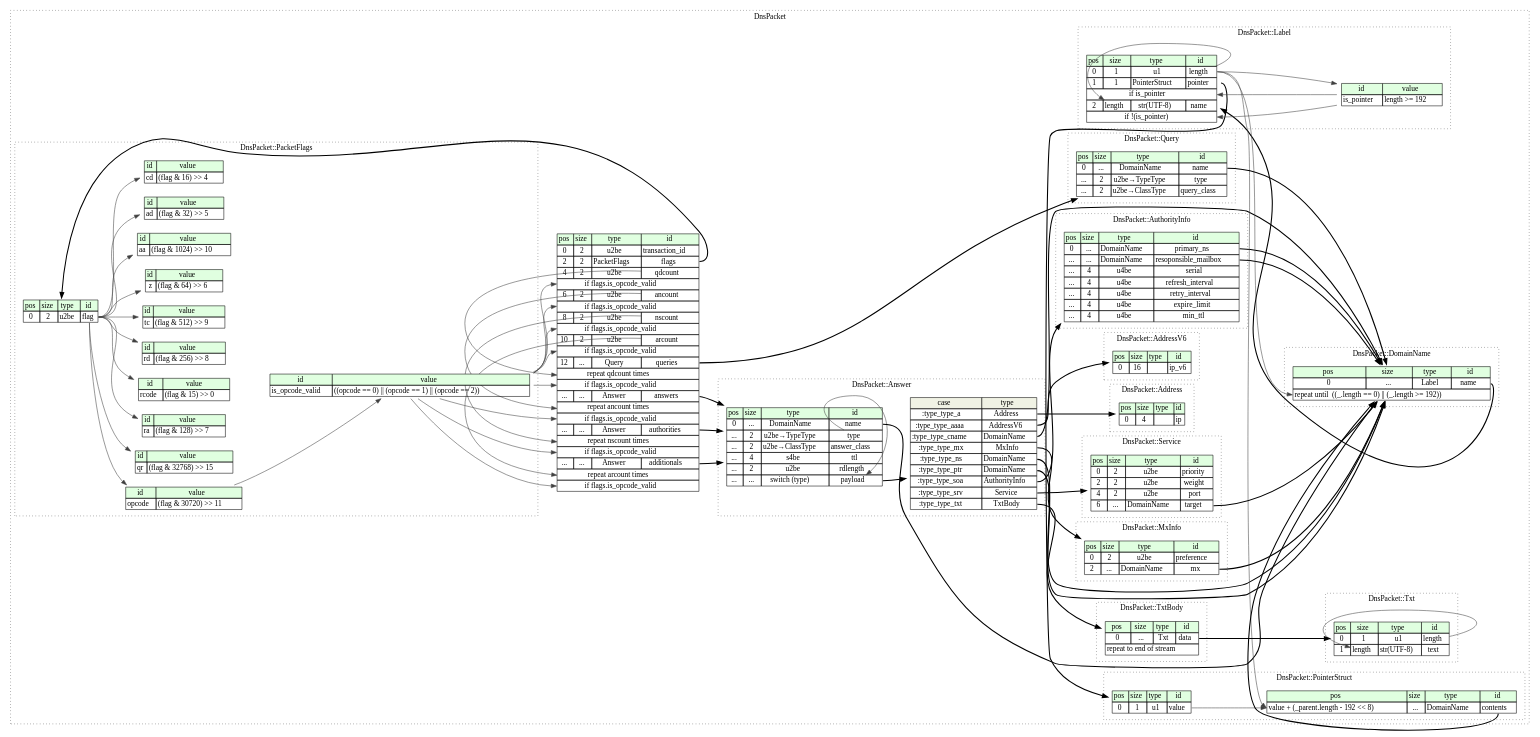
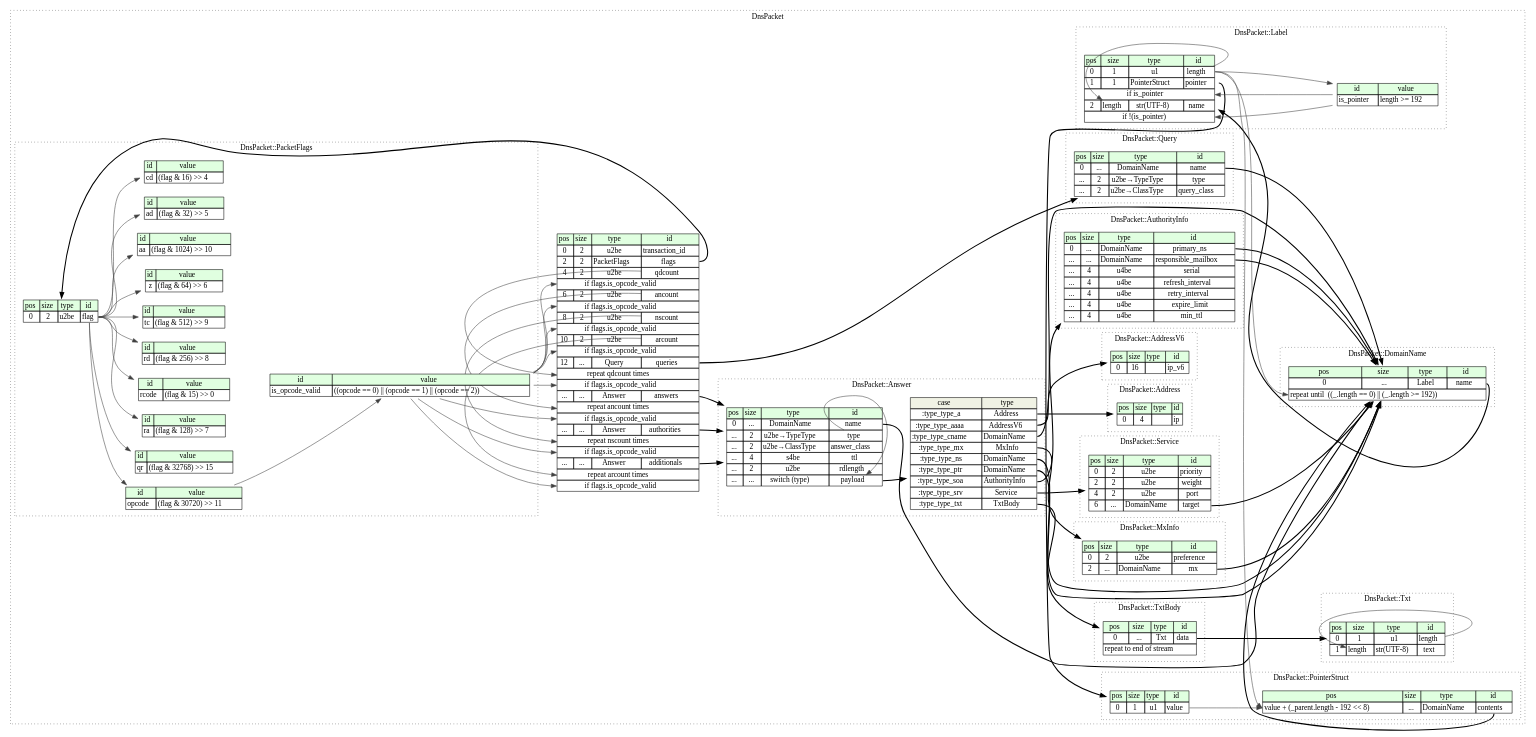
Before and after one commit to kaitai-io/formats-kaitai-io.github.io: the diagram in dns_packet/src/graphviz/dns_packet.dot, drawn with Graphviz. The commit also changed 546 other files, not shown here.

```diff
--- a/dns_packet/src/graphviz/dns_packet.dot
+++ b/dns_packet/src/graphviz/dns_packet.dot
@@ -81,7 +81,7 @@
 			authority_info__seq [label=<<TABLE BORDER="0" CELLBORDER="1" CELLSPACING="0">
 				<TR><TD BGCOLOR="#E0FFE0">pos</TD><TD BGCOLOR="#E0FFE0">size</TD><TD BGCOLOR="#E0FFE0">type</TD><TD BGCOLOR="#E0FFE0">id</TD></TR>
 				<TR><TD PORT="primary_ns_pos">0</TD><TD PORT="primary_ns_size">...</TD><TD>DomainName</TD><TD PORT="primary_ns_type">primary_ns</TD></TR>
-				<TR><TD PORT="resoponsible_mailbox_pos">...</TD><TD PORT="resoponsible_mailbox_size">...</TD><TD>DomainName</TD><TD PORT="resoponsible_mailbox_type">resoponsible_mailbox</TD></TR>
+				<TR><TD PORT="responsible_mailbox_pos">...</TD><TD PORT="responsible_mailbox_size">...</TD><TD>DomainName</TD><TD PORT="responsible_mailbox_type">responsible_mailbox</TD></TR>
 				<TR><TD PORT="serial_pos">...</TD><TD PORT="serial_size">4</TD><TD>u4be</TD><TD PORT="serial_type">serial</TD></TR>
 				<TR><TD PORT="refresh_interval_pos">...</TD><TD PORT="refresh_interval_size">4</TD><TD>u4be</TD><TD PORT="refresh_interval_type">refresh_interval</TD></TR>
 				<TR><TD PORT="retry_interval_pos">...</TD><TD PORT="retry_interval_size">4</TD><TD>u4be</TD><TD PORT="retry_interval_type">retry_interval</TD></TR>
@@ -266,7 +266,7 @@
 	answer__seq_payload_switch:case8 -> txt_body__seq [style=bold];
 	answer__seq:type_type -> answer__seq:payload_type [color="#404040"];
 	authority_info__seq:primary_ns_type -> domain_name__seq [style=bold];
-	authority_info__seq:resoponsible_mailbox_type -> domain_name__seq [style=bold];
+	authority_info__seq:responsible_mailbox_type -> domain_name__seq [style=bold];
 	domain_name__seq:name_type -> label__seq [style=bold];
 	label__seq:length_type -> domain_name__seq:name__repeat [color="#404040"];
 	label__seq:pointer_type -> pointer_struct__seq [style=bold];
```
